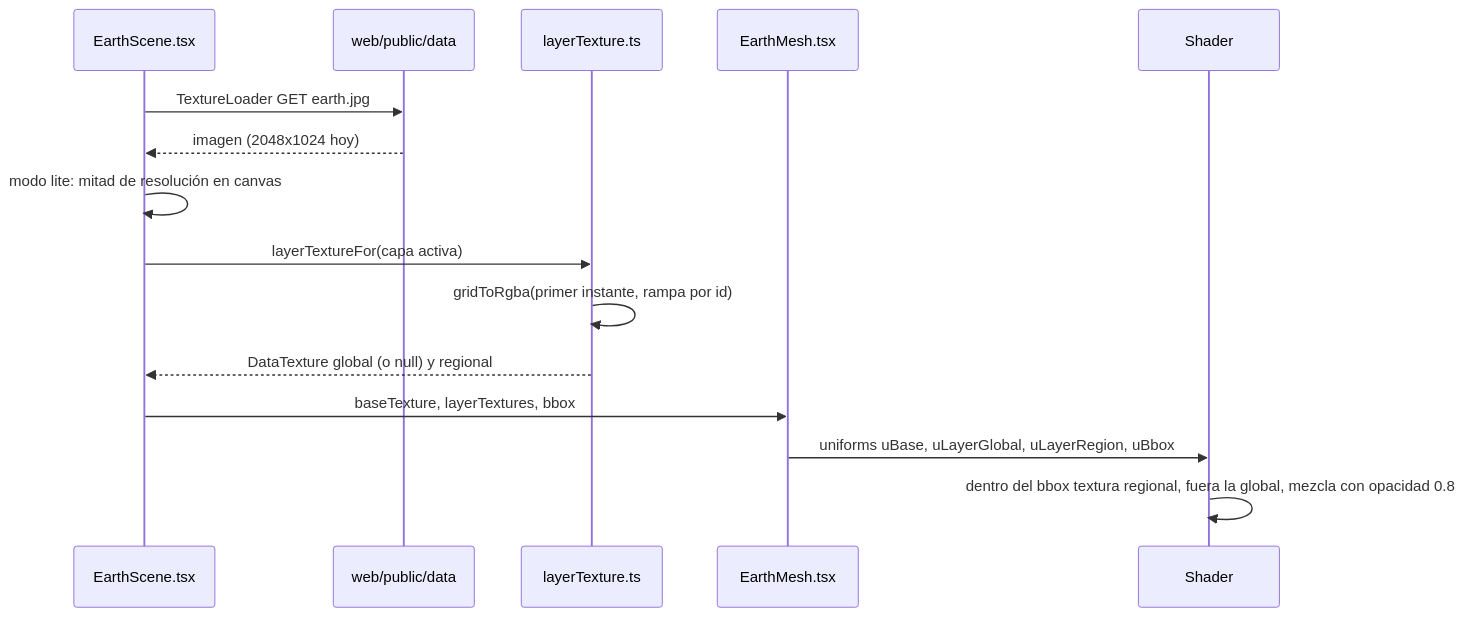
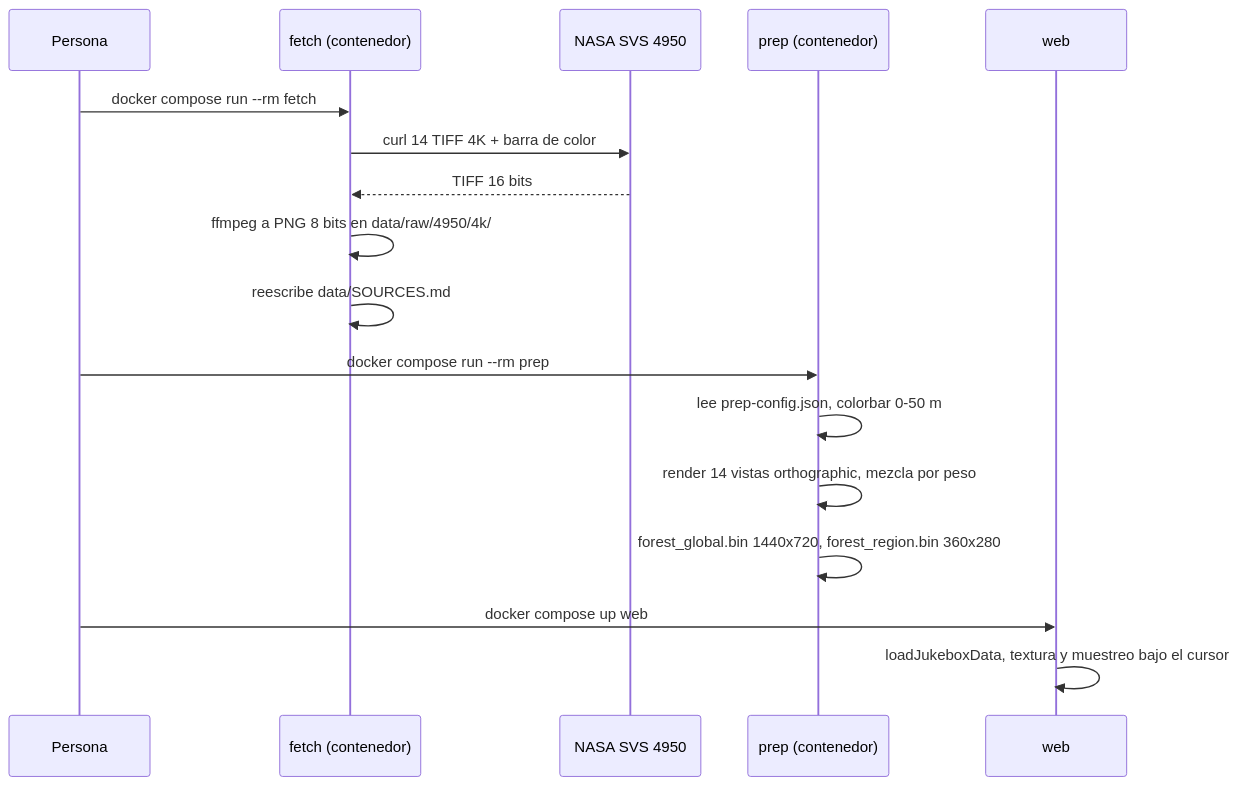
One commit to AndresNavarrom/Nasa-Challenge changed the second of 3 diagrams in aidlc/spaces/default/codekb/Nasa-Challenge/architecture.md. Above: the diagram before and after it, drawn with Mermaid. The commit also changed other lines of this file and 8 other files, not shown here.

````diff
--- a/aidlc/spaces/default/codekb/Nasa-Challenge/architecture.md
+++ b/aidlc/spaces/default/codekb/Nasa-Challenge/architecture.md
@@ -89,17 +57,19 @@
 ```mermaid
 sequenceDiagram
-  participant Scene as EarthScene.tsx
-  participant Static as web/public/data
-  participant Tex as layerTexture.ts
-  participant Mesh as EarthMesh.tsx
-  participant GPU as Shader
-  Scene->>Static: TextureLoader GET earth.jpg
-  Static-->>Scene: imagen (2048x1024 hoy)
-  Scene->>Scene: modo lite: mitad de resolución en canvas
-  Scene->>Tex: layerTextureFor(capa activa)
-  Tex->>Tex: gridToRgba(primer instante, rampa por id)
-  Tex-->>Scene: DataTexture global (o null) y regional
-  Scene->>Mesh: baseTexture, layerTextures, bbox
-  Mesh->>GPU: uniforms uBase, uLayerGlobal, uLayerRegion, uBbox
-  GPU->>GPU: dentro del bbox textura regional, fuera la global, mezcla con opacidad 0.8
+  participant Dev as Persona
+  participant F as fetch (contenedor)
+  participant SVS as NASA SVS 4950
+  participant P as prep (contenedor)
+  participant W as web
+  Dev->>F: docker compose run --rm fetch
+  F->>SVS: curl 14 TIFF 4K + barra de color
+  SVS-->>F: TIFF 16 bits
+  F->>F: ffmpeg a PNG 8 bits en data/raw/4950/4k/
+  F->>F: reescribe data/SOURCES.md
+  Dev->>P: docker compose run --rm prep
+  P->>P: lee prep-config.json, colorbar 0-50 m
+  P->>P: render 14 vistas orthographic, mezcla por peso
+  P->>P: forest_global.bin 1440x720, forest_region.bin 360x280
+  Dev->>W: docker compose up web
+  W->>W: loadJukeboxData, textura y muestreo bajo el cursor
 ```
````
